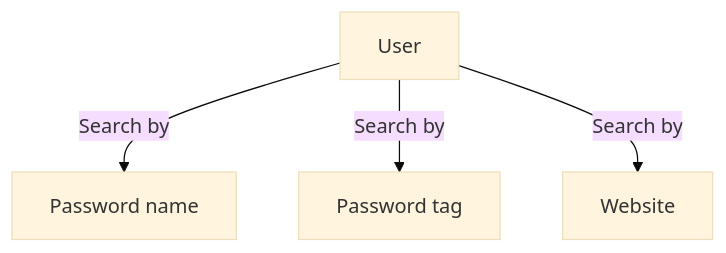
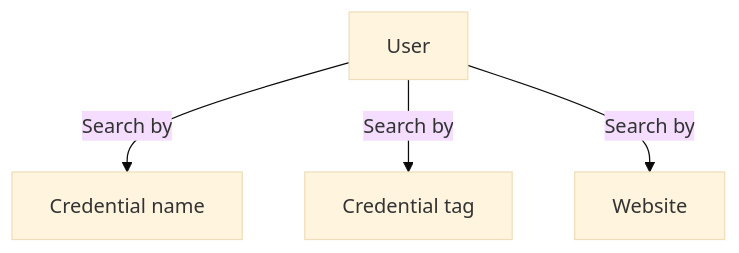
One commit to DO-2K23-26/polypass-archi-technique changed the fifth of 6 diagrams in documentation.adoc. Above: the diagram before and after it, drawn with Mermaid (base theme). The commit also changed other lines of this file and 1 other file, not shown here.

Commit message:
feat(use-case): Refactor documented use-cases and complete use-case diagram

```diff
--- a/documentation.adoc
+++ b/documentation.adoc
@@ -109,7 +109,7 @@
 [mermaid, format="svg"]
 ----
 flowchart TD
-    User["User"] --> |Search by| A["Password name"]
-    User --> |Search by| B["Password tag"]
+    User["User"] --> |Search by| A["Credential name"]
+    User --> |Search by| B["Credential tag"]
     User --> |Search by| C["Website"]
 ----
```
